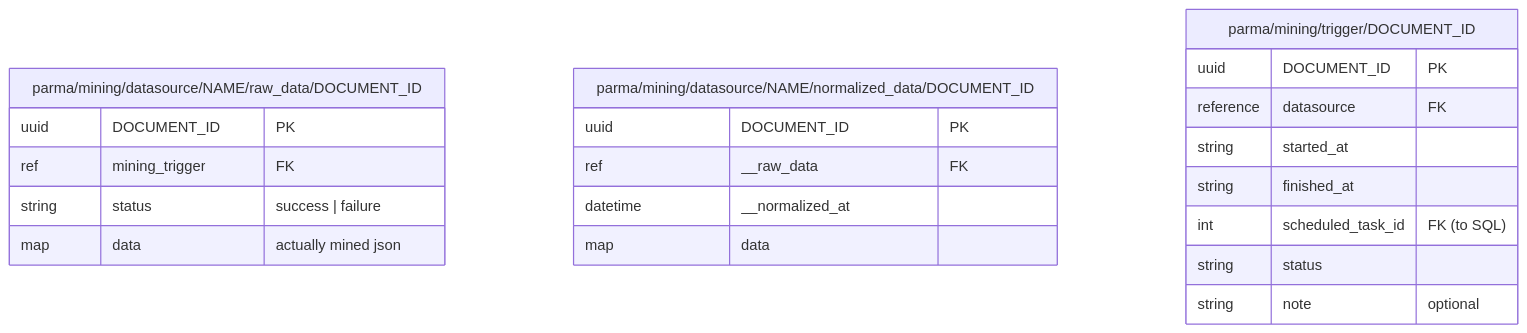
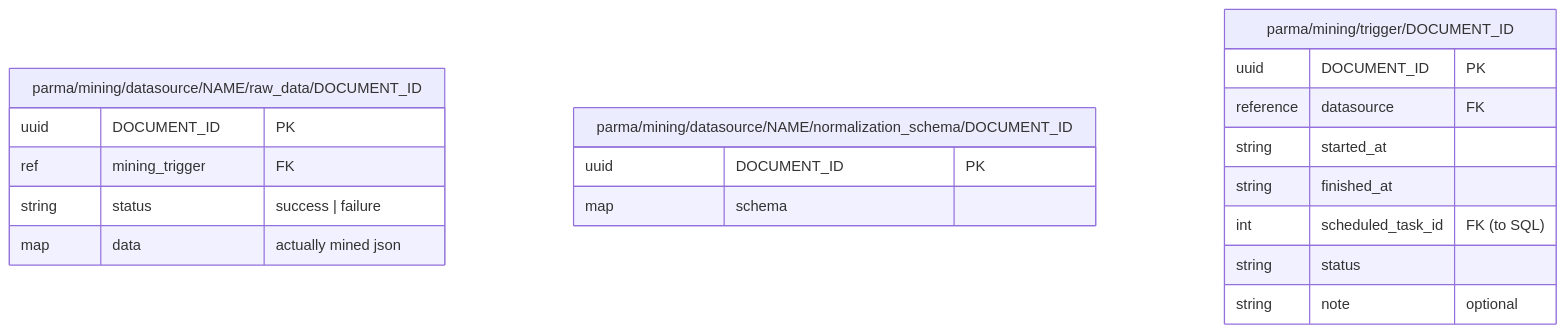
Before and after one commit to la-famiglia-jst2324/parma-analytics: the third of 3 diagrams in parma_analytics/db/mining/README.md, drawn with Mermaid. The commit also changed other lines of this file and 7 other files, not shown here.

````diff
--- a/parma_analytics/db/mining/README.md
+++ b/parma_analytics/db/mining/README.md
@@ -63,24 +63,22 @@
 ```mermaid
 erDiagram
     "parma/mining/datasource/NAME/raw_data/DOCUMENT_ID" {
         uuid DOCUMENT_ID "PK"
         ref mining_trigger "FK"
         string status "success | failure"
         map data "actually mined json"
     }
-    "parma/mining/datasource/NAME/normalized_data/DOCUMENT_ID" {
+    "parma/mining/datasource/NAME/normalization_schema/DOCUMENT_ID" {
         uuid DOCUMENT_ID "PK"
-        ref __raw_data "FK"
-        datetime __normalized_at
-        map data ""
+        map schema ""
     }
     "parma/mining/trigger/DOCUMENT_ID" {
         uuid DOCUMENT_ID "PK"
         reference datasource "FK"
         string started_at ""
         string finished_at ""
         int scheduled_task_id "FK (to SQL)"
         string status ""
         string note "optional"
     }
 ```
````
